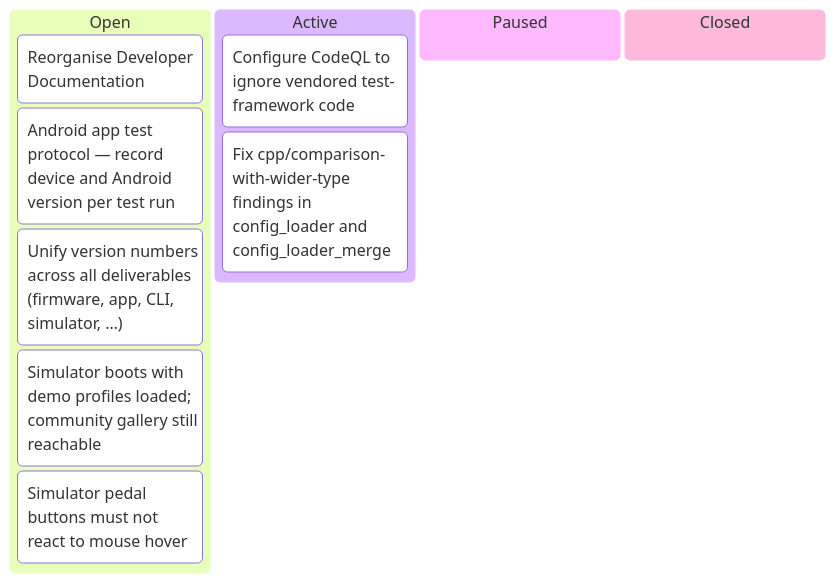
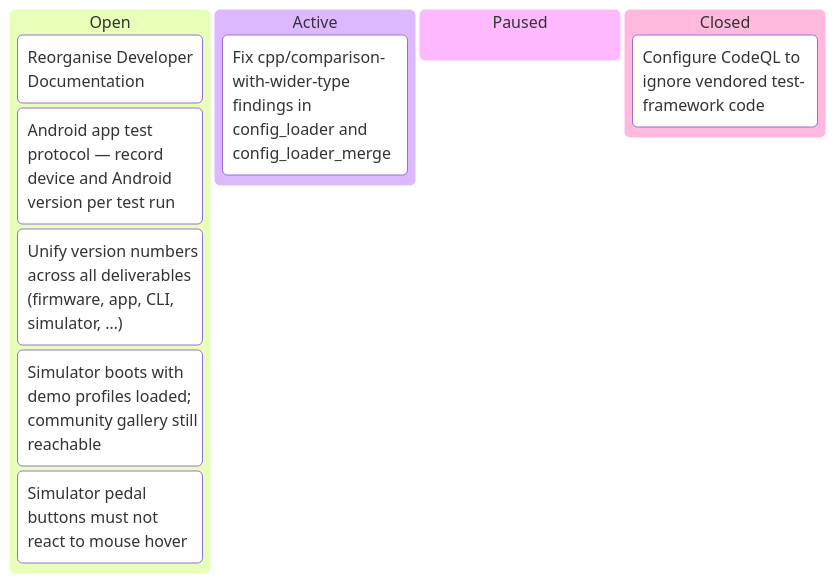
Before and after one commit to tgd1975/AwesomeGuitarPedal: the fifth of 5 diagrams in docs/developers/tasks/KANBAN.md, drawn with Mermaid. The commit also changed other lines of this file and 3 other files, not shown here.

Commit message:
close TASK-372: Configure CodeQL to ignore vendored test-framework code

````diff
--- a/docs/developers/tasks/KANBAN.md
+++ b/docs/developers/tasks/KANBAN.md
@@ -73,14 +73,14 @@
 ```mermaid
 kanban
   Open
     TASK_148["Reorganise Developer Documentation"]
     TASK_259["Android app test protocol — record device and Android version per test run"]
     TASK_260["Unify version numbers across all deliverables (firmware, app, CLI, simulator, …)"]
     TASK_303["Simulator boots with demo profiles loaded; community gallery still reachable"]
     TASK_304["Simulator pedal buttons must not react to mouse hover"]
   Active
-    TASK_372["Configure CodeQL to ignore vendored test-framework code"]
     TASK_373["Fix cpp/comparison-with-wider-type findings in config_loader and config_loader_merge"]
   Paused
   Closed
+    TASK_372["Configure CodeQL to ignore vendored test-framework code"]
 ```
````
